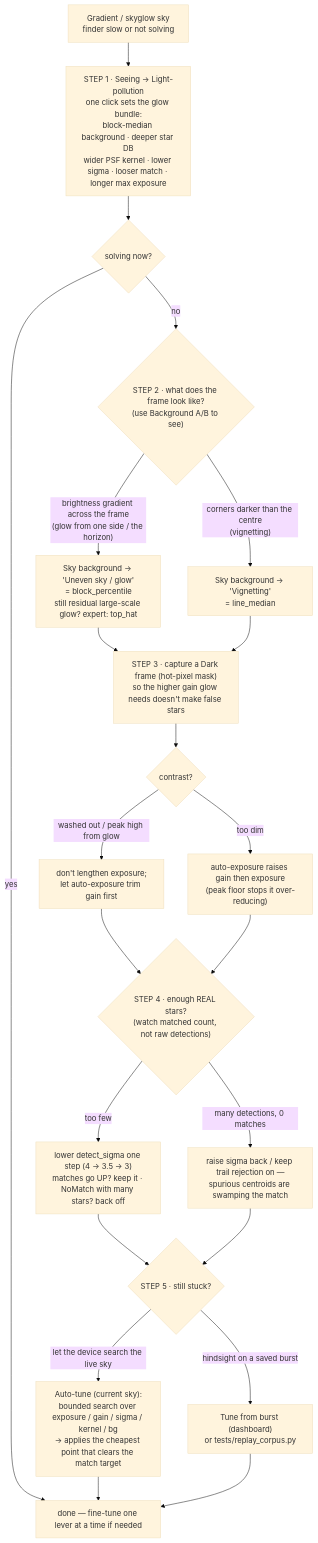
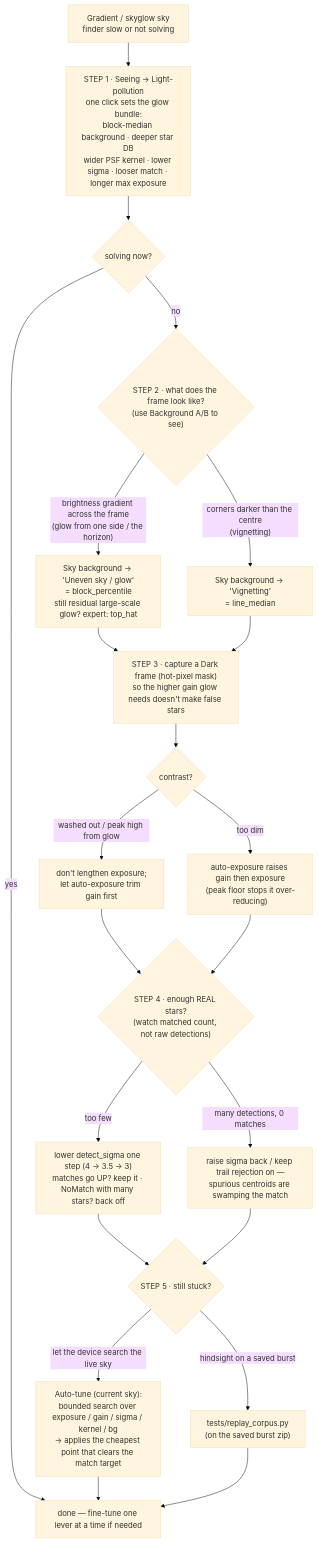
One commit to mconsidine/diofinder changed the diagram in docs/skyglow-strategy.md. Above: the diagram before and after it, drawn with Mermaid (base theme). The commit also changed 4 other files, not shown here.

First line of the commit message:
Remove the on-device "Tune from burst" card

````diff
--- a/docs/skyglow-strategy.md
+++ b/docs/skyglow-strategy.md
@@ -24,28 +24,28 @@
 ```mermaid
 flowchart TD
     S["Gradient / skyglow sky<br/>finder slow or not solving"] --> P["STEP 1 · Seeing → Light-pollution<br/>one click sets the glow bundle:<br/>block-median background · deeper star DB<br/>wider PSF kernel · lower sigma · looser match · longer max exposure"]
     P --> Q1{"solving now?"}
     Q1 -->|"yes"| DONE["done — fine-tune one lever at a time if needed"]
     Q1 -->|"no"| BG{"STEP 2 · what does the frame look like?<br/>(use Background A/B to see)"}
 
     BG -->|"brightness gradient across the frame<br/>(glow from one side / the horizon)"| B1["Sky background → 'Uneven sky / glow'<br/>= block_percentile<br/>still residual large-scale glow? expert: top_hat"]
     BG -->|"corners darker than the centre<br/>(vignetting)"| B2["Sky background → 'Vignetting'<br/>= line_median"]
     B1 --> HP
     B2 --> HP
 
     HP["STEP 3 · capture a Dark frame (hot-pixel mask)<br/>so the higher gain glow needs doesn't make false stars"] --> C
     C{"contrast?"} -->|"washed out / peak high from glow"| C1["don't lengthen exposure;<br/>let auto-exposure trim gain first"]
     C -->|"too dim"| C2["auto-exposure raises gain then exposure<br/>(peak floor stops it over-reducing)"]
     C1 --> D
     C2 --> D
 
     D{"STEP 4 · enough REAL stars?<br/>(watch matched count, not raw detections)"} -->|"too few"| D1["lower detect_sigma one step (4 → 3.5 → 3)<br/>matches go UP? keep it · NoMatch with many stars? back off"]
     D -->|"many detections, 0 matches"| D2["raise sigma back / keep trail rejection on —<br/>spurious centroids are swamping the match"]
     D1 --> E
     D2 --> E
 
     E{"STEP 5 · still stuck?"} -->|"let the device search the live sky"| E1["Auto-tune (current sky):<br/>bounded search over exposure / gain / sigma / kernel / bg<br/>→ applies the cheapest point that clears the match target"]
-    E -->|"hindsight on a saved burst"| E2["Tune from burst (dashboard)<br/>or tests/replay_corpus.py"]
+    E -->|"hindsight on a saved burst"| E2["tests/replay_corpus.py<br/>(on the saved burst zip)"]
     E1 --> DONE
     E2 --> DONE
 ```
````
